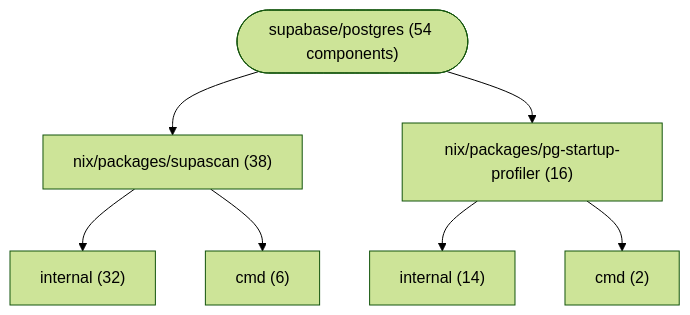
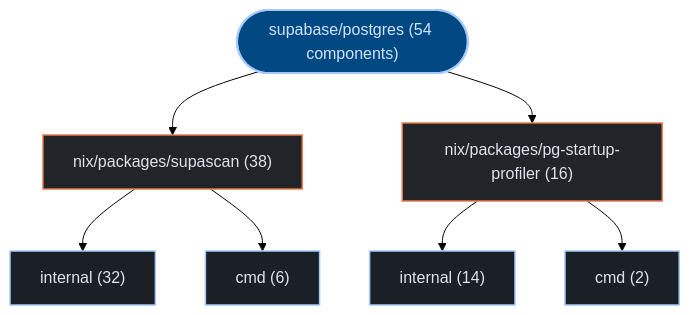
Before and after one commit to kumarshaz/atruss-code-atlas: the first of 3 diagrams in exports/latest/reports/supabase-postgres-report.md, drawn with Mermaid (forest theme). The commit also changed other lines of this file and 331 other files, not shown here.

Commit message:
docs,ui,fix: update SDLC docs, reorder CI/CD DAG first, stylize Mermaid, and fix Arc42 pipeline topology

````diff
--- a/exports/latest/reports/supabase-postgres-report.md
+++ b/exports/latest/reports/supabase-postgres-report.md
@@ -42,16 +42,23 @@
 ```mermaid
 graph TD;
-    repo_root(["supabase/postgres (54 components)"])
-    dir_0_nix_packages_supascan["nix/packages/supascan (38)"]
+  classDef atlasRoot fill:#004882,stroke:#a3c9ff,stroke-width:2px,color:#d3e4ff
+  classDef atlasCategory fill:#212428,stroke:#E87A48,stroke-width:1.5px,color:#dfe3eb
+  classDef atlasWorkflow fill:#1b2026,stroke:#a3c9ff,stroke-width:1.5px,color:#dfe3eb
+  classDef atlasJob fill:#171c22,stroke:#8d9199,stroke-width:1px,color:#dfe3eb
+  classDef atlasTarget fill:#005227,stroke:#8bd99b,stroke-width:1.5px,color:#a7f6b6
+  classDef atlasAlert fill:#93000a,stroke:#ffb4ab,stroke-width:1.5px,color:#ffdad6
+  classDef atlasMore fill:#252a31,stroke:#8d9199,stroke-dasharray:4 4,color:#c3c6cf
+    repo_root(["supabase/postgres (54 components)"]):::atlasRoot
+    dir_0_nix_packages_supascan["nix/packages/supascan (38)"]:::atlasCategory
     repo_root --> dir_0_nix_packages_supascan
-    sub_0_0_internal["internal (32)"]
+    sub_0_0_internal["internal (32)"]:::atlasWorkflow
     dir_0_nix_packages_supascan --> sub_0_0_internal
-    sub_0_1_cmd["cmd (6)"]
+    sub_0_1_cmd["cmd (6)"]:::atlasWorkflow
     dir_0_nix_packages_supascan --> sub_0_1_cmd
-    dir_1_nix_packages_pg_startup_profiler["nix/packages/pg-startup-profiler (16)"]
+    dir_1_nix_packages_pg_startup_profiler["nix/packages/pg-startup-profiler (16)"]:::atlasCategory
     repo_root --> dir_1_nix_packages_pg_startup_profiler
-    sub_1_0_internal["internal (14)"]
+    sub_1_0_internal["internal (14)"]:::atlasWorkflow
     dir_1_nix_packages_pg_startup_profiler --> sub_1_0_internal
-    sub_1_1_cmd["cmd (2)"]
+    sub_1_1_cmd["cmd (2)"]:::atlasWorkflow
     dir_1_nix_packages_pg_startup_profiler --> sub_1_1_cmd
 ```
````
